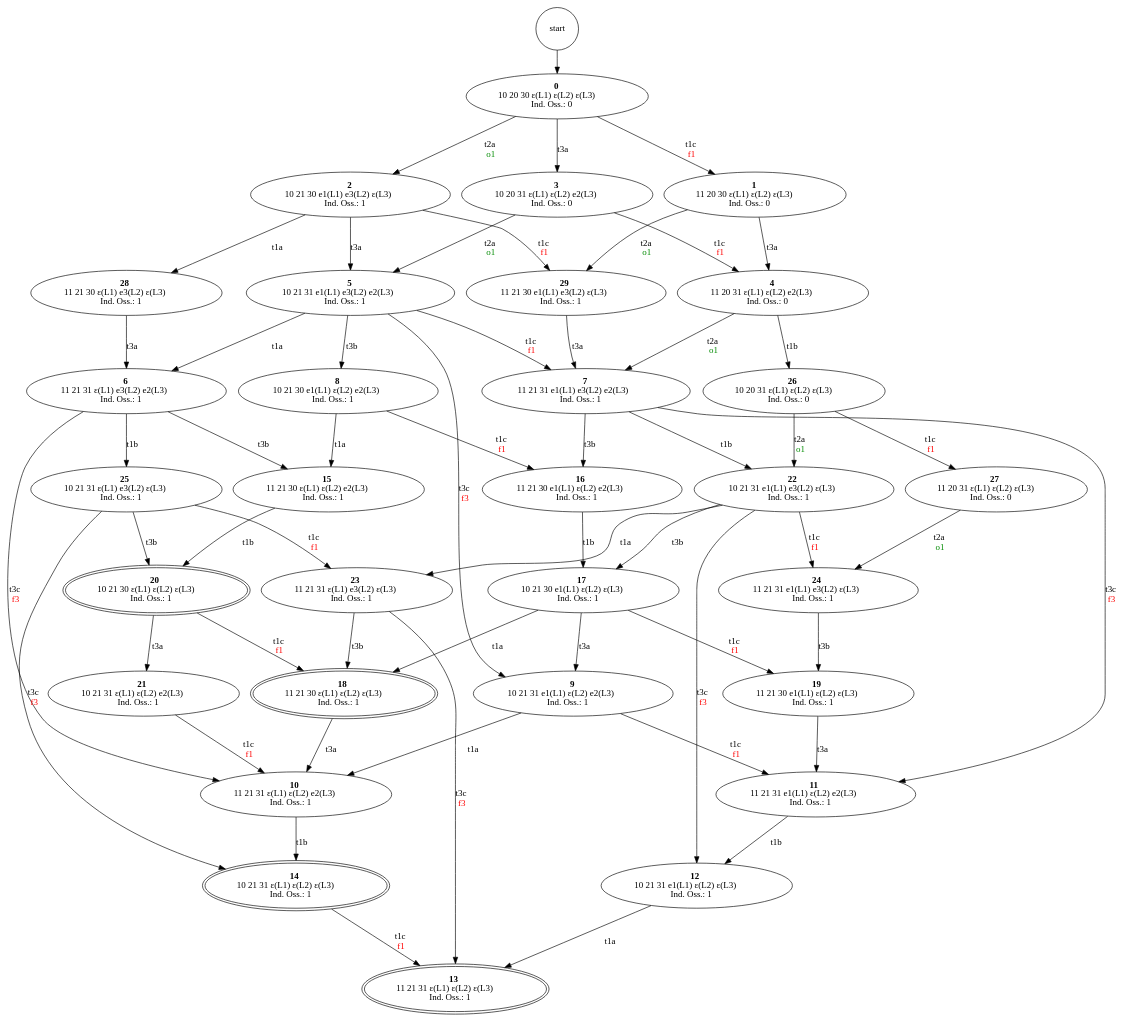
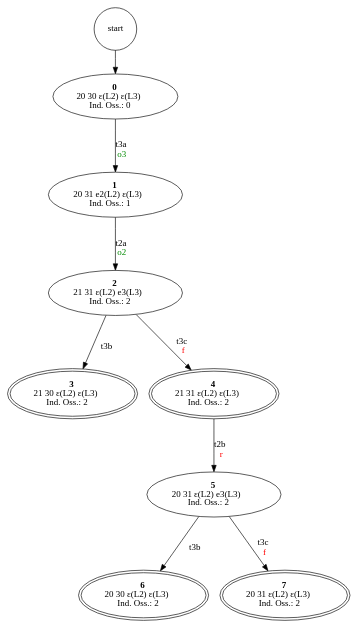
One commit to frashpikass/diagnosiRegex changed the diagram in outputs/000_SCOL.gv. Above: the diagram before and after it, drawn with Graphviz. The commit also changed 87 other files, not shown here.

```diff
--- a/outputs/000_SCOL.gv
+++ b/outputs/000_SCOL.gv
@@ -1,92 +1,22 @@
 digraph SpazioComportamentale {
     // ARCHI
     start	->	n0
-	n0	->	n1 [label=<<br/>t1c<br/><font color="red">f1</font>>]
-	n0	->	n2 [label=<<br/>t2a<br/><font color="green4">o1</font>>]
-	n0	->	n3 [label=<<br/>t3a>]
-	n1	->	n29 [label=<<br/>t2a<br/><font color="green4">o1</font>>]
-	n1	->	n4 [label=<<br/>t3a>]
-	n2	->	n28 [label=<<br/>t1a>]
-	n2	->	n29 [label=<<br/>t1c<br/><font color="red">f1</font>>]
-	n2	->	n5 [label=<<br/>t3a>]
-	n3	->	n4 [label=<<br/>t1c<br/><font color="red">f1</font>>]
-	n3	->	n5 [label=<<br/>t2a<br/><font color="green4">o1</font>>]
-	n4	->	n26 [label=<<br/>t1b>]
-	n4	->	n7 [label=<<br/>t2a<br/><font color="green4">o1</font>>]
-	n5	->	n6 [label=<<br/>t1a>]
-	n5	->	n7 [label=<<br/>t1c<br/><font color="red">f1</font>>]
-	n5	->	n8 [label=<<br/>t3b>]
-	n5	->	n9 [label=<<br/>t3c<br/><font color="red">f3</font>>]
-	n6	->	n25 [label=<<br/>t1b>]
-	n6	->	n15 [label=<<br/>t3b>]
-	n6	->	n10 [label=<<br/>t3c<br/><font color="red">f3</font>>]
-	n7	->	n22 [label=<<br/>t1b>]
-	n7	->	n16 [label=<<br/>t3b>]
-	n7	->	n11 [label=<<br/>t3c<br/><font color="red">f3</font>>]
-	n8	->	n15 [label=<<br/>t1a>]
-	n8	->	n16 [label=<<br/>t1c<br/><font color="red">f1</font>>]
-	n9	->	n10 [label=<<br/>t1a>]
-	n9	->	n11 [label=<<br/>t1c<br/><font color="red">f1</font>>]
-	n10	->	n14 [label=<<br/>t1b>]
-	n11	->	n12 [label=<<br/>t1b>]
-	n12	->	n13 [label=<<br/>t1a>]
-	n14	->	n13 [label=<<br/>t1c<br/><font color="red">f1</font>>]
-	n15	->	n20 [label=<<br/>t1b>]
-	n16	->	n17 [label=<<br/>t1b>]
-	n17	->	n18 [label=<<br/>t1a>]
-	n17	->	n19 [label=<<br/>t1c<br/><font color="red">f1</font>>]
-	n17	->	n9 [label=<<br/>t3a>]
-	n18	->	n10 [label=<<br/>t3a>]
-	n19	->	n11 [label=<<br/>t3a>]
-	n20	->	n18 [label=<<br/>t1c<br/><font color="red">f1</font>>]
-	n20	->	n21 [label=<<br/>t3a>]
-	n21	->	n10 [label=<<br/>t1c<br/><font color="red">f1</font>>]
-	n22	->	n23 [label=<<br/>t1a>]
-	n22	->	n24 [label=<<br/>t1c<br/><font color="red">f1</font>>]
-	n22	->	n17 [label=<<br/>t3b>]
-	n22	->	n12 [label=<<br/>t3c<br/><font color="red">f3</font>>]
-	n23	->	n18 [label=<<br/>t3b>]
-	n23	->	n13 [label=<<br/>t3c<br/><font color="red">f3</font>>]
-	n24	->	n19 [label=<<br/>t3b>]
-	n25	->	n23 [label=<<br/>t1c<br/><font color="red">f1</font>>]
-	n25	->	n20 [label=<<br/>t3b>]
-	n25	->	n14 [label=<<br/>t3c<br/><font color="red">f3</font>>]
-	n26	->	n27 [label=<<br/>t1c<br/><font color="red">f1</font>>]
-	n26	->	n22 [label=<<br/>t2a<br/><font color="green4">o1</font>>]
-	n27	->	n24 [label=<<br/>t2a<br/><font color="green4">o1</font>>]
-	n28	->	n6 [label=<<br/>t3a>]
-	n29	->	n7 [label=<<br/>t3a>]
+	n0	->	n1 [label=<<br/>t3a<br/><font color="green4">o3</font>>]
+	n1	->	n2 [label=<<br/>t2a<br/><font color="green4">o2</font>>]
+	n2	->	n3 [label=<<br/>t3b>]
+	n2	->	n4 [label=<<br/>t3c<br/><font color="red">f</font>>]
+	n4	->	n5 [label=<<br/>t2b<br/><font color="red">r</font>>]
+	n5	->	n6 [label=<<br/>t3b>]
+	n5	->	n7 [label=<<br/>t3c<br/><font color="red">f</font>>]
 
     // NODI
     start[shape="circle"]
-	n0 [label=<<b>0</b><br/>10 20 30 ε(L1) ε(L2) ε(L3)<br/>Ind. Oss.: 0>]
-	n1 [label=<<b>1</b><br/>11 20 30 ε(L1) ε(L2) ε(L3)<br/>Ind. Oss.: 0>]
-	n2 [label=<<b>2</b><br/>10 21 30 e1(L1) e3(L2) ε(L3)<br/>Ind. Oss.: 1>]
-	n3 [label=<<b>3</b><br/>10 20 31 ε(L1) ε(L2) e2(L3)<br/>Ind. Oss.: 0>]
-	n4 [label=<<b>4</b><br/>11 20 31 ε(L1) ε(L2) e2(L3)<br/>Ind. Oss.: 0>]
-	n5 [label=<<b>5</b><br/>10 21 31 e1(L1) e3(L2) e2(L3)<br/>Ind. Oss.: 1>]
-	n6 [label=<<b>6</b><br/>11 21 31 ε(L1) e3(L2) e2(L3)<br/>Ind. Oss.: 1>]
-	n7 [label=<<b>7</b><br/>11 21 31 e1(L1) e3(L2) e2(L3)<br/>Ind. Oss.: 1>]
-	n8 [label=<<b>8</b><br/>10 21 30 e1(L1) ε(L2) e2(L3)<br/>Ind. Oss.: 1>]
-	n9 [label=<<b>9</b><br/>10 21 31 e1(L1) ε(L2) e2(L3)<br/>Ind. Oss.: 1>]
-	n10 [label=<<b>10</b><br/>11 21 31 ε(L1) ε(L2) e2(L3)<br/>Ind. Oss.: 1>]
-	n11 [label=<<b>11</b><br/>11 21 31 e1(L1) ε(L2) e2(L3)<br/>Ind. Oss.: 1>]
-	n12 [label=<<b>12</b><br/>10 21 31 e1(L1) ε(L2) ε(L3)<br/>Ind. Oss.: 1>]
-	n13 [label=<<b>13</b><br/>11 21 31 ε(L1) ε(L2) ε(L3)<br/>Ind. Oss.: 1> peripheries=2]
-	n14 [label=<<b>14</b><br/>10 21 31 ε(L1) ε(L2) ε(L3)<br/>Ind. Oss.: 1> peripheries=2]
-	n15 [label=<<b>15</b><br/>11 21 30 ε(L1) ε(L2) e2(L3)<br/>Ind. Oss.: 1>]
-	n16 [label=<<b>16</b><br/>11 21 30 e1(L1) ε(L2) e2(L3)<br/>Ind. Oss.: 1>]
-	n17 [label=<<b>17</b><br/>10 21 30 e1(L1) ε(L2) ε(L3)<br/>Ind. Oss.: 1>]
-	n18 [label=<<b>18</b><br/>11 21 30 ε(L1) ε(L2) ε(L3)<br/>Ind. Oss.: 1> peripheries=2]
-	n19 [label=<<b>19</b><br/>11 21 30 e1(L1) ε(L2) ε(L3)<br/>Ind. Oss.: 1>]
-	n20 [label=<<b>20</b><br/>10 21 30 ε(L1) ε(L2) ε(L3)<br/>Ind. Oss.: 1> peripheries=2]
-	n21 [label=<<b>21</b><br/>10 21 31 ε(L1) ε(L2) e2(L3)<br/>Ind. Oss.: 1>]
-	n22 [label=<<b>22</b><br/>10 21 31 e1(L1) e3(L2) ε(L3)<br/>Ind. Oss.: 1>]
-	n23 [label=<<b>23</b><br/>11 21 31 ε(L1) e3(L2) ε(L3)<br/>Ind. Oss.: 1>]
-	n24 [label=<<b>24</b><br/>11 21 31 e1(L1) e3(L2) ε(L3)<br/>Ind. Oss.: 1>]
-	n25 [label=<<b>25</b><br/>10 21 31 ε(L1) e3(L2) ε(L3)<br/>Ind. Oss.: 1>]
-	n26 [label=<<b>26</b><br/>10 20 31 ε(L1) ε(L2) ε(L3)<br/>Ind. Oss.: 0>]
-	n27 [label=<<b>27</b><br/>11 20 31 ε(L1) ε(L2) ε(L3)<br/>Ind. Oss.: 0>]
-	n28 [label=<<b>28</b><br/>11 21 30 ε(L1) e3(L2) ε(L3)<br/>Ind. Oss.: 1>]
-	n29 [label=<<b>29</b><br/>11 21 30 e1(L1) e3(L2) ε(L3)<br/>Ind. Oss.: 1>]
+	n0 [label=<<b>0</b><br/>20 30 ε(L2) ε(L3)<br/>Ind. Oss.: 0>]
+	n1 [label=<<b>1</b><br/>20 31 e2(L2) ε(L3)<br/>Ind. Oss.: 1>]
+	n2 [label=<<b>2</b><br/>21 31 ε(L2) e3(L3)<br/>Ind. Oss.: 2>]
+	n3 [label=<<b>3</b><br/>21 30 ε(L2) ε(L3)<br/>Ind. Oss.: 2> peripheries=2]
+	n4 [label=<<b>4</b><br/>21 31 ε(L2) ε(L3)<br/>Ind. Oss.: 2> peripheries=2]
+	n5 [label=<<b>5</b><br/>20 31 ε(L2) e3(L3)<br/>Ind. Oss.: 2>]
+	n6 [label=<<b>6</b><br/>20 30 ε(L2) ε(L3)<br/>Ind. Oss.: 2> peripheries=2]
+	n7 [label=<<b>7</b><br/>20 31 ε(L2) ε(L3)<br/>Ind. Oss.: 2> peripheries=2]
 }
```
